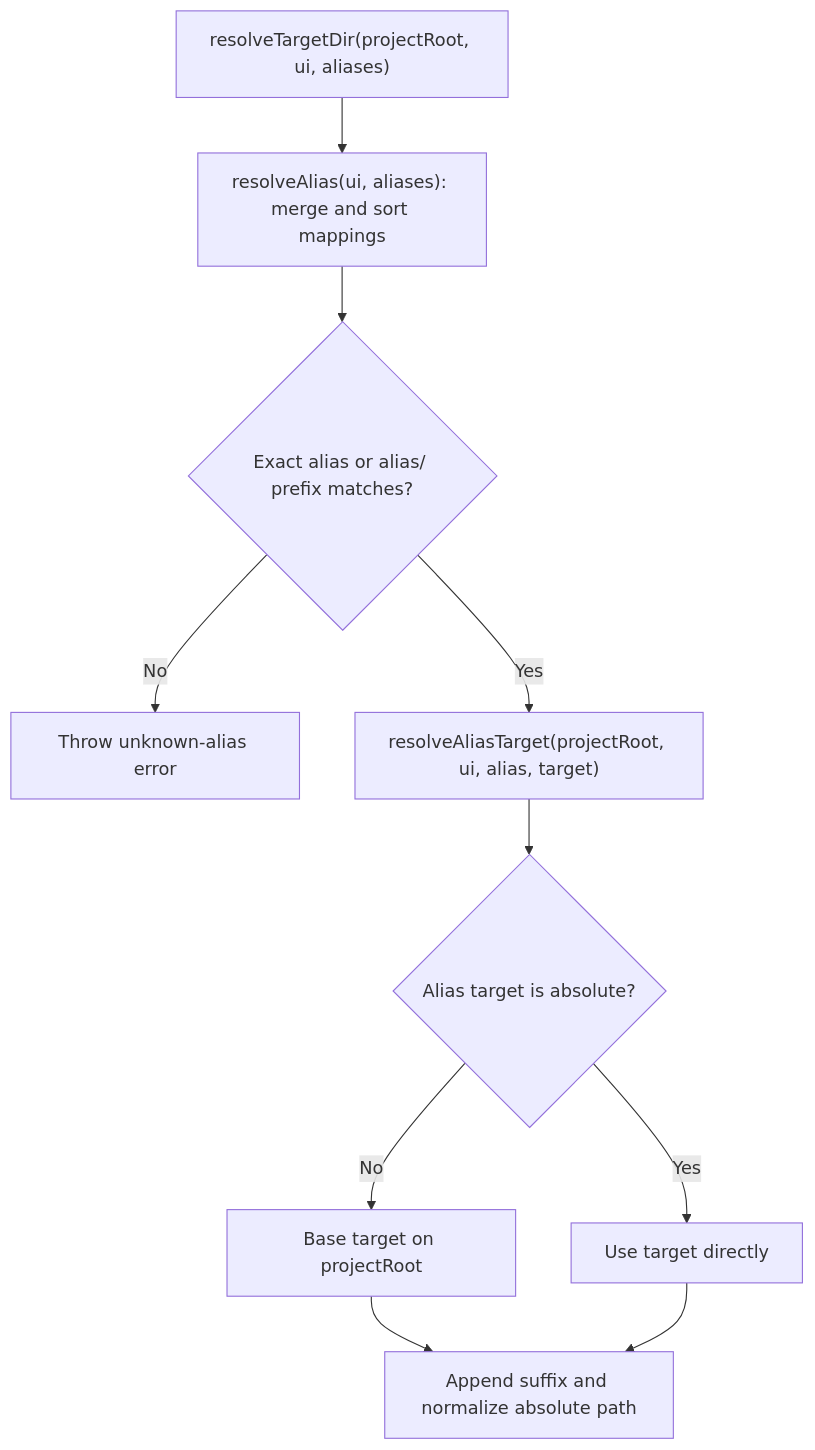
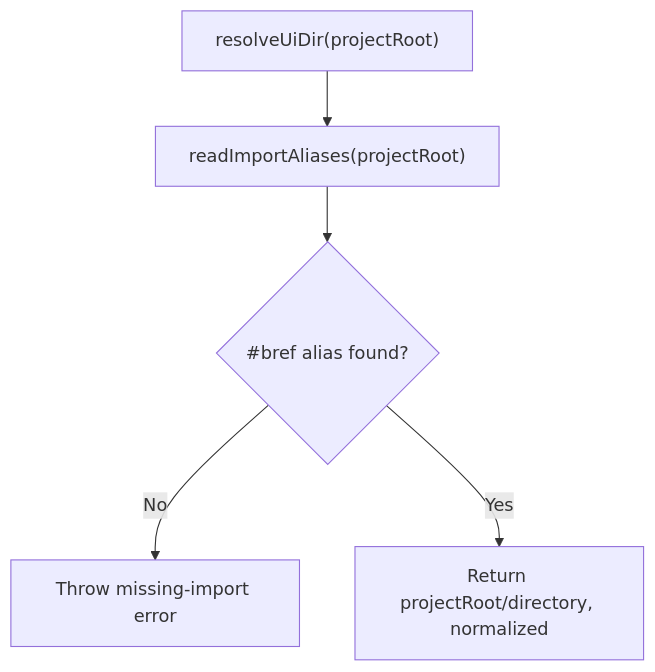
Before and after one commit to feuersteiner/bref-ui: the second of 2 diagrams in core/cli/config/README.md, drawn with Mermaid. The commit also changed other lines of this file and 19 other files, not shown here.

````diff
--- a/core/cli/config/README.md
+++ b/core/cli/config/README.md
@@ -31,12 +35,7 @@
 ```mermaid
 flowchart TD
-    resolve["resolveTargetDir(projectRoot, ui, aliases)"] --> match["resolveAlias(ui, aliases): merge and sort mappings"]
-    match --> found{"Exact alias or alias/ prefix matches?"}
-    found -->|No| error["Throw unknown-alias error"]
-    found -->|Yes| target["resolveAliasTarget(projectRoot, ui, alias, target)"]
-    target --> absoluteCheck{"Alias target is absolute?"}
-    absoluteCheck -->|No| relative["Base target on projectRoot"]
-    absoluteCheck -->|Yes| absolute["Use target directly"]
-    relative --> result["Append suffix and normalize absolute path"]
-    absolute --> result
+    resolve["resolveUiDir(projectRoot)"] --> aliases["readImportAliases(projectRoot)"]
+    aliases --> found{"#bref alias found?"}
+    found -->|No| error["Throw missing-import error"]
+    found -->|Yes| result["Return projectRoot/directory, normalized"]
 ```
````
